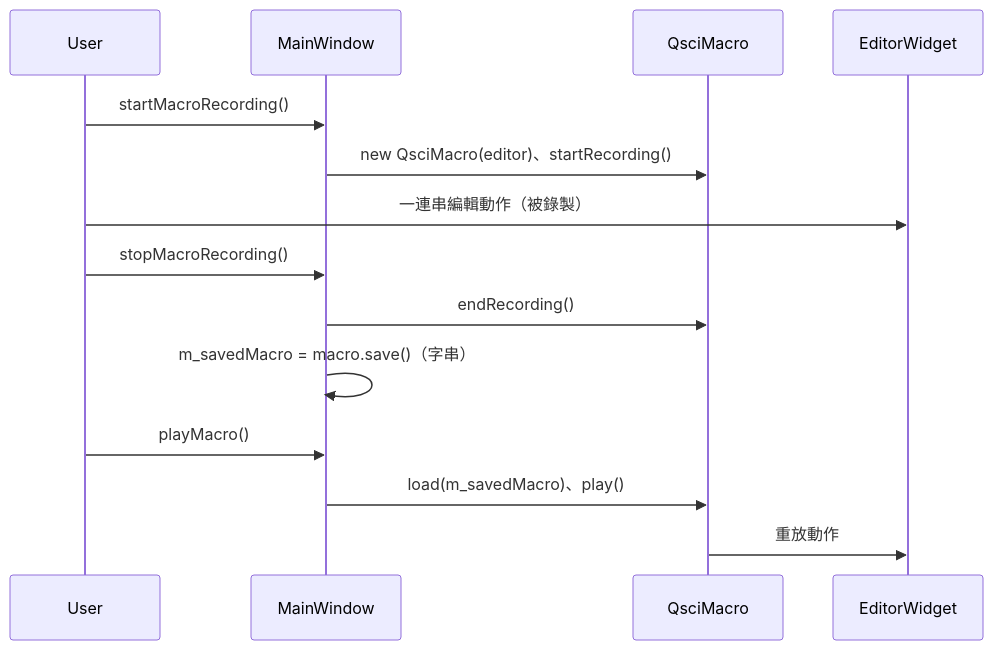
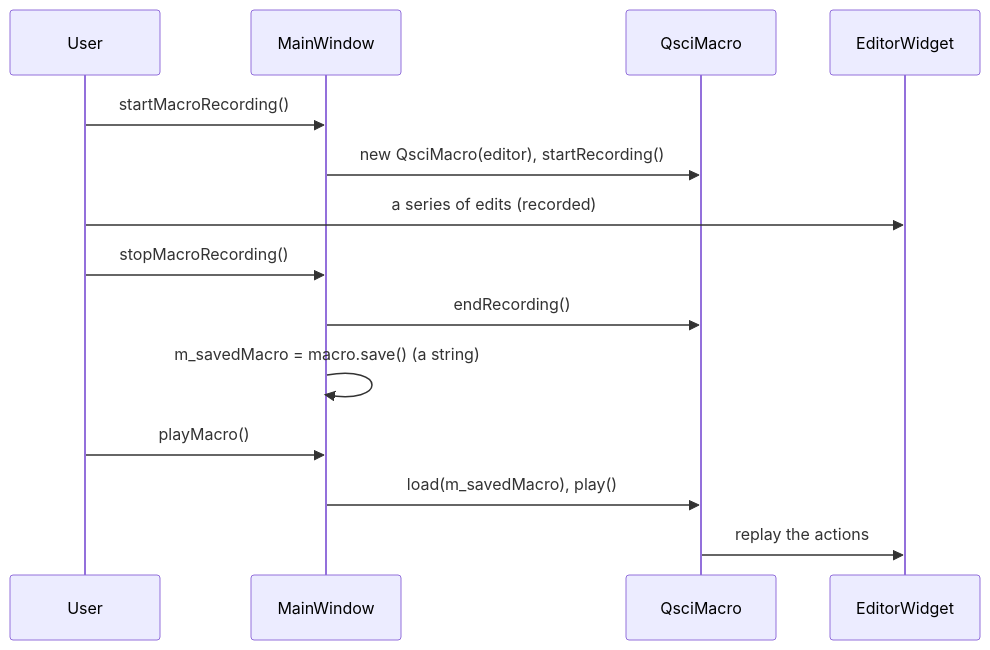
Before and after one commit to EddyKuo/macpadpp: diagram 19 of 23 in docs/design.md, drawn with Mermaid. The commit also changed other lines of this file and 24 other files, not shown here.

````diff
--- a/docs/design.md
+++ b/docs/design.md
@@ -851,17 +879,17 @@
 ```mermaid
 sequenceDiagram
     participant User
     participant MW as MainWindow
     participant Macro as QsciMacro
     participant EW as EditorWidget
 
     User->>MW: startMacroRecording()
-    MW->>Macro: new QsciMacro(editor)、startRecording()
-    User->>EW: 一連串編輯動作（被錄製）
+    MW->>Macro: new QsciMacro(editor), startRecording()
+    User->>EW: a series of edits (recorded)
     User->>MW: stopMacroRecording()
     MW->>Macro: endRecording()
-    MW->>MW: m_savedMacro = macro.save()（字串）
+    MW->>MW: m_savedMacro = macro.save() (a string)
     User->>MW: playMacro()
-    MW->>Macro: load(m_savedMacro)、play()
-    Macro->>EW: 重放動作
+    MW->>Macro: load(m_savedMacro), play()
+    Macro->>EW: replay the actions
 ```
````
